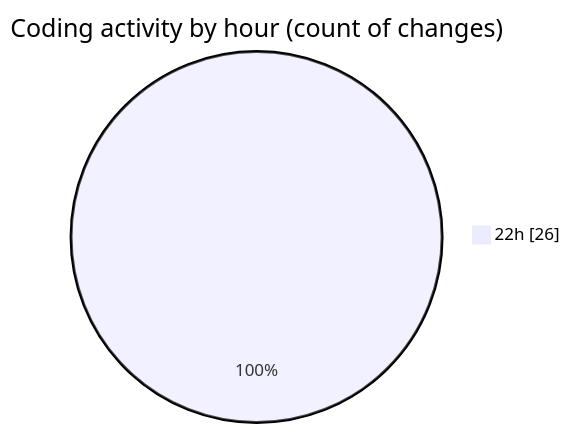
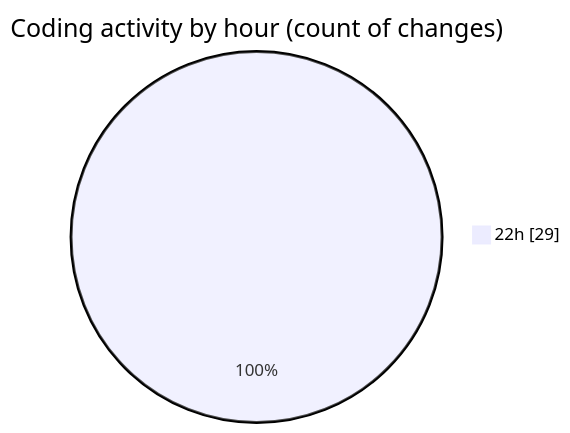
The second of 2 diagrams in 2025-10-19/scopecraft/README.md (Ritupan-Deka/code-tracking), drawn with Mermaid before and after one commit. The commit also changed other lines of this file and 1 other file, not shown here.

````diff
--- a/2025-10-19/scopecraft/README.md
+++ b/2025-10-19/scopecraft/README.md
@@ -31,5 +31,5 @@
 ```mermaid
 pie showData
 title Coding activity by hour (count of changes)
-"22h" : 26
+"22h" : 29
 ```
````
